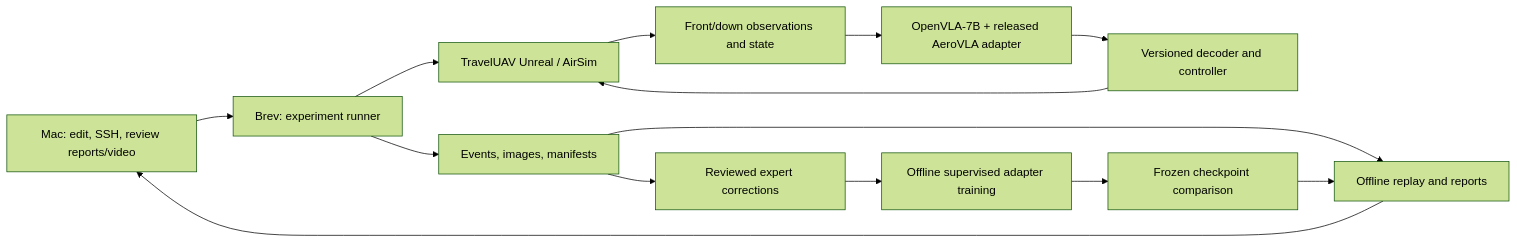
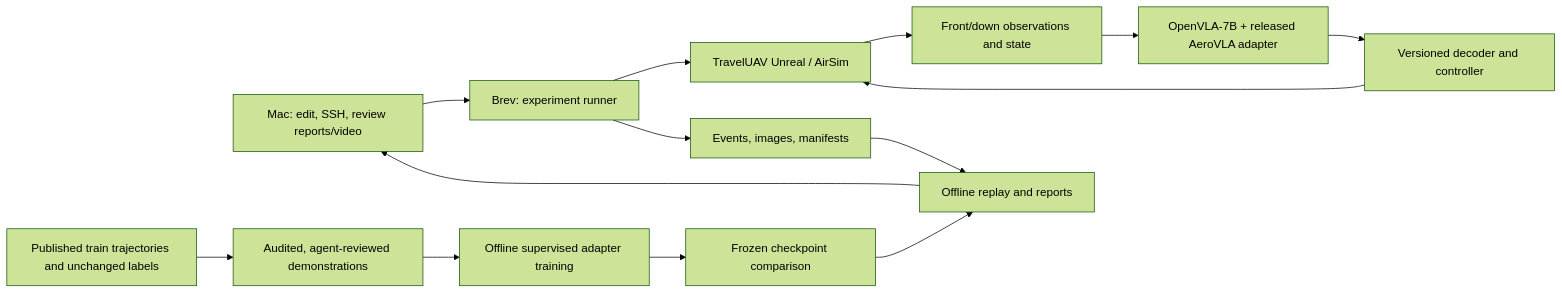
One commit to laxman-kc/UAV-VLA-Lab changed the diagram in docs/IMPLEMENTATION_PLAN.md. Above: the diagram before and after it, drawn with Mermaid (forest theme). The commit also changed other lines of this file and 51 other files, not shown here.

````diff
--- a/docs/IMPLEMENTATION_PLAN.md
+++ b/docs/IMPLEMENTATION_PLAN.md
@@ -28,16 +28,16 @@
 ```mermaid
 flowchart LR
     M[Mac: edit, SSH, review reports/video] --> R[Brev: experiment runner]
     R --> S[TravelUAV Unreal / AirSim]
     S --> O[Front/down observations and state]
     O --> P[OpenVLA-7B + released AeroVLA adapter]
     P --> C[Versioned decoder and controller]
     C --> S
     R --> E[Events, images, manifests]
     E --> V[Offline replay and reports]
-    E --> D[Reviewed expert corrections]
+    A[Published train trajectories and unchanged labels] --> D[Audited, agent-reviewed demonstrations]
     D --> T[Offline supervised adapter training]
     T --> Q[Frozen checkpoint comparison]
     Q --> V
     V --> M
 ```
````
